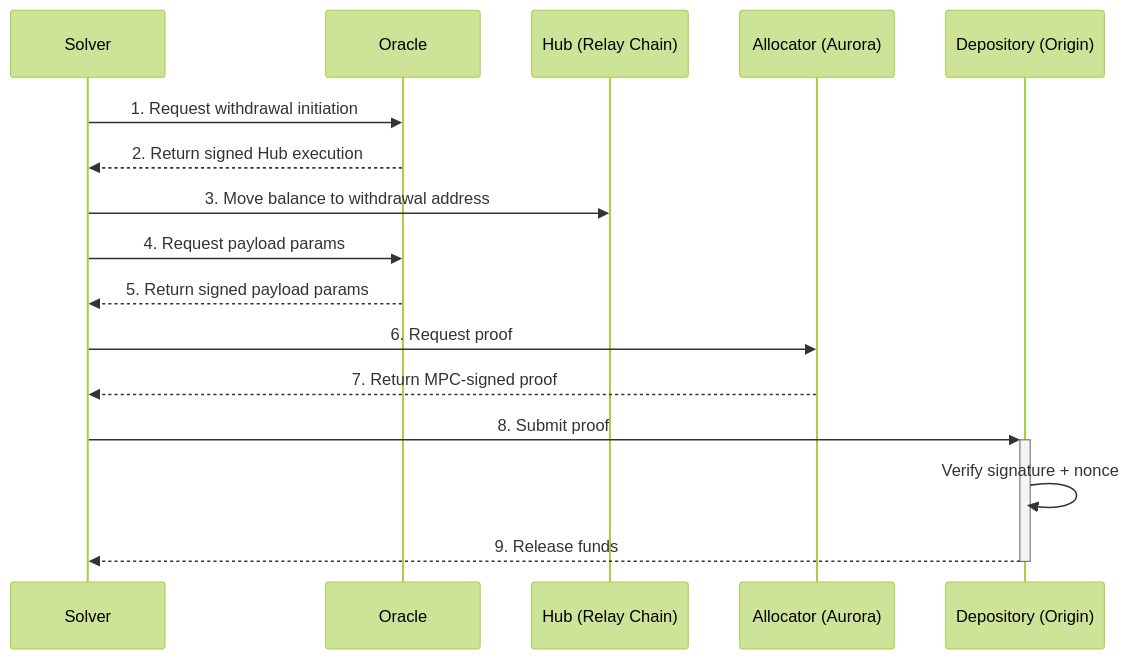
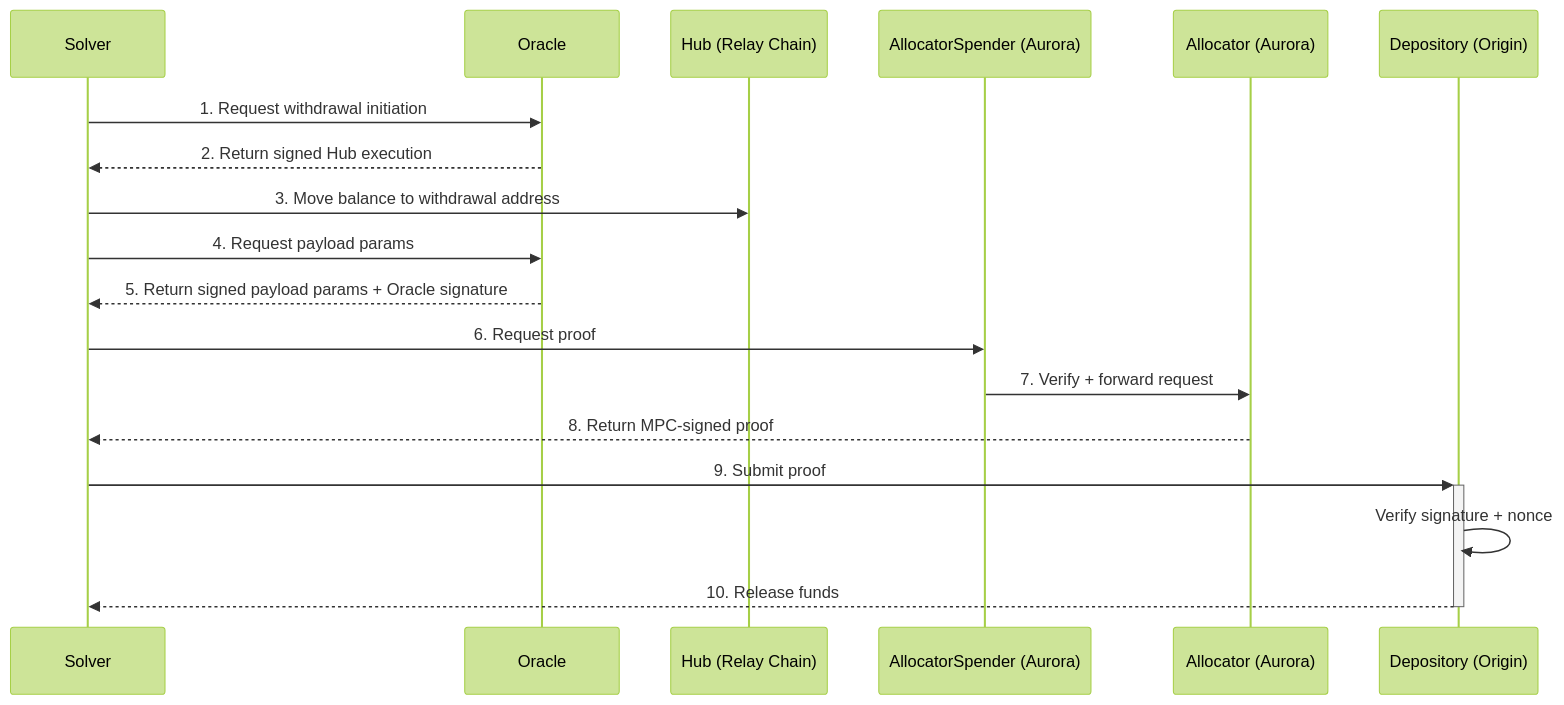
The fourth of 5 diagrams in references/protocol/how-it-works.mdx (relayprotocol/relay-docs), drawn with Mermaid (forest theme) before and after one commit. The commit also changed other lines of this file and 4 other files, not shown here.

Commit message:
Correct high-level protocol flow docs

````diff
--- a/references/protocol/how-it-works.mdx
+++ b/references/protocol/how-it-works.mdx
@@ -130,19 +130,21 @@
 ```mermaid
 sequenceDiagram
     participant Solver
     participant Oracle
     participant Hub as Hub (Relay Chain)
+    participant Spender as AllocatorSpender (Aurora)
     participant Allocator as Allocator (Aurora)
     participant Depository as Depository (Origin)
 
     Solver->>Oracle: 1. Request withdrawal initiation
     Oracle-->>Solver: 2. Return signed Hub execution
     Solver->>Hub: 3. Move balance to withdrawal address
     Solver->>Oracle: 4. Request payload params
-    Oracle-->>Solver: 5. Return signed payload params
-    Solver->>Allocator: 6. Request proof
-    Allocator-->>Solver: 7. Return MPC-signed proof
-    Solver->>+Depository: 8. Submit proof
+    Oracle-->>Solver: 5. Return signed payload params + Oracle signature
+    Solver->>Spender: 6. Request proof
+    Spender->>Allocator: 7. Verify + forward request
+    Allocator-->>Solver: 8. Return MPC-signed proof
+    Solver->>+Depository: 9. Submit proof
     Depository->>Depository: Verify signature + nonce
-    Depository-->>-Solver: 9. Release funds
+    Depository-->>-Solver: 10. Release funds
 ```
````
